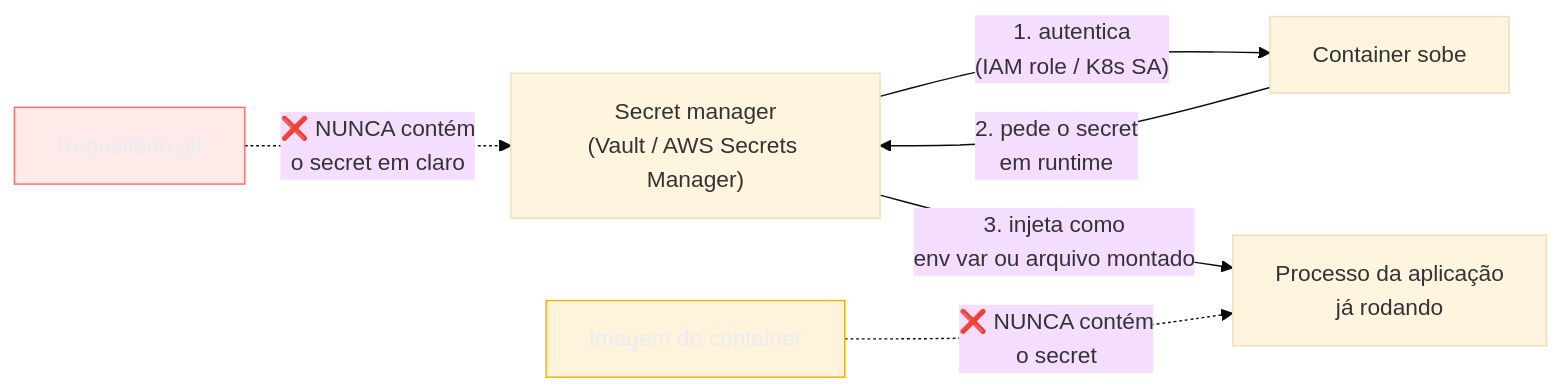
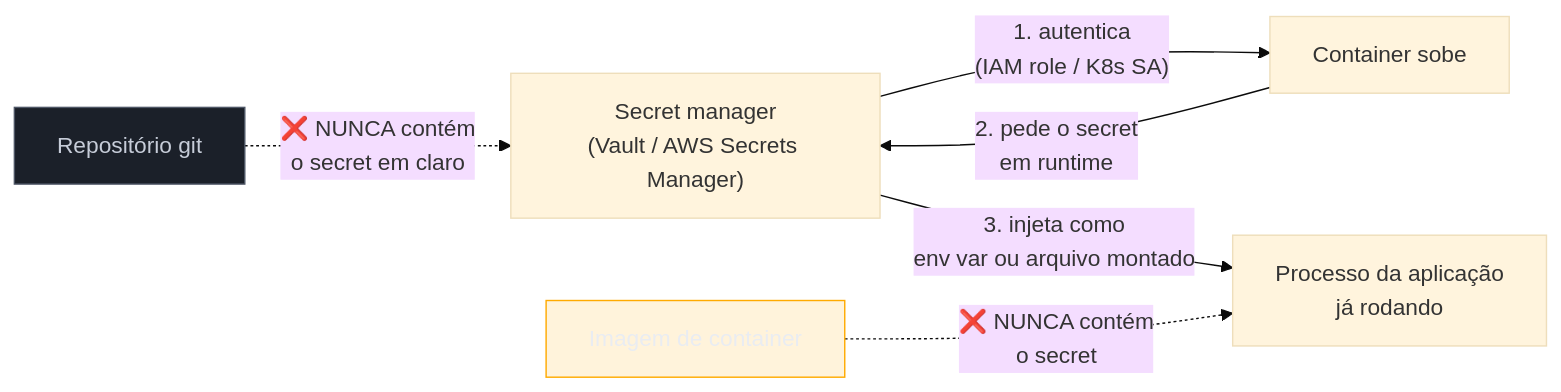
The second of 2 diagrams in 03-Dominios/Engenharia/Operação/2 - Entrega e release/06 - Secrets e configuração em produção.md (josenaldo/codex-technomanticus), drawn with Mermaid (base theme) before and after one commit. The commit also changed 601 other files, not shown here.

````diff
--- a/03-Dominios/Engenharia/Operação/2 - Entrega e release/06 - Secrets e configuração em produção.md
+++ b/03-Dominios/Engenharia/Operação/2 - Entrega e release/06 - Secrets e configuração em produção.md
@@ -111,12 +111,12 @@
 ```mermaid
 graph LR
+    classDef neutro fill:#1B2029,stroke:#4E5666,color:#C6CCD8
     classDef destaque fill:#FFAA0024,stroke:#FFAA00,color:#E9ECF2
-    classDef falha fill:#FF6B6B24,stroke:#FF6B6B,color:#E9ECF2
     A["Secret manager<br/>(Vault / AWS Secrets Manager)"] -->|"1. autentica<br/>(IAM role / K8s SA)"| B["Container sobe"]
     B -->|"2. pede o secret<br/>em runtime"| A
     A -->|"3. injeta como<br/>env var ou arquivo montado"| C["Processo da aplicação<br/>já rodando"]
     D["Imagem de container"] -.->|"❌ NUNCA contém<br/>o secret"| C
     E["Repositório git"] -.->|"❌ NUNCA contém<br/>o secret em claro"| A
     class D destaque
-    class E falha
+    class E neutro
 ```
````
